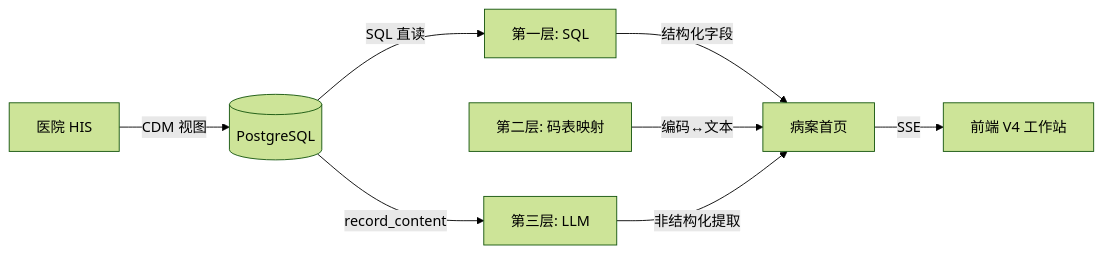
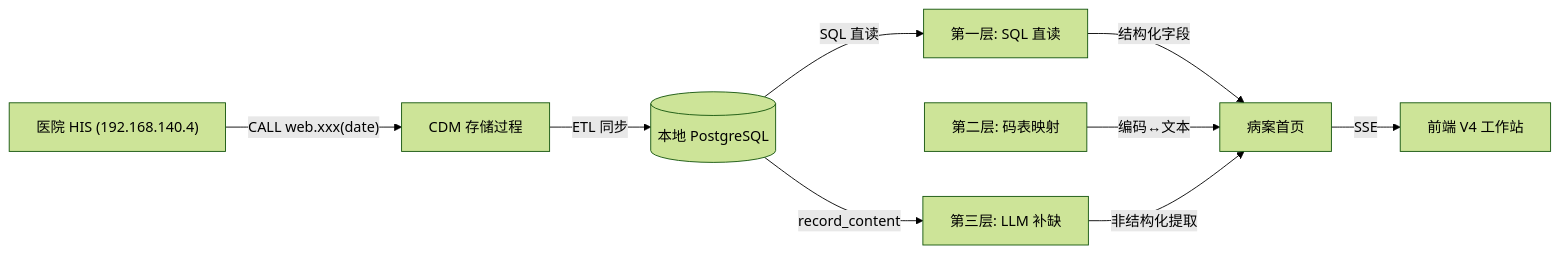
The first of 2 diagrams in apps/medqc-web/backend/docs/data_integration.md (softjazzz/combined), drawn with Mermaid (forest theme) before and after one commit. The commit also changed other lines of this file, not shown here.

````diff
--- a/apps/medqc-web/backend/docs/data_integration.md
+++ b/apps/medqc-web/backend/docs/data_integration.md
@@ -7,10 +19,11 @@
 ```mermaid
 graph LR
-    HIS[医院 HIS] -->|CDM 视图| PG[(PostgreSQL)]
-    PG -->|SQL 直读| L1[第一层: SQL]
-    PG -->|record_content| L3[第三层: LLM]
+    HIS["医院 HIS (192.168.140.4)"] -->|"CALL web.xxx(date)"| CDM[CDM 存储过程]
+    CDM -->|ETL 同步| PG[(本地 PostgreSQL)]
+    PG -->|SQL 直读| L1["第一层: SQL 直读"]
+    PG -->|record_content| L3["第三层: LLM 补缺"]
     L1 -->|结构化字段| FP[病案首页]
-    L2[第二层: 码表映射] -->|编码↔文本| FP
+    L2["第二层: 码表映射"] -->|"编码↔文本"| FP
     L3 -->|非结构化提取| FP
     FP -->|SSE| FE[前端 V4 工作站]
 ```
````
